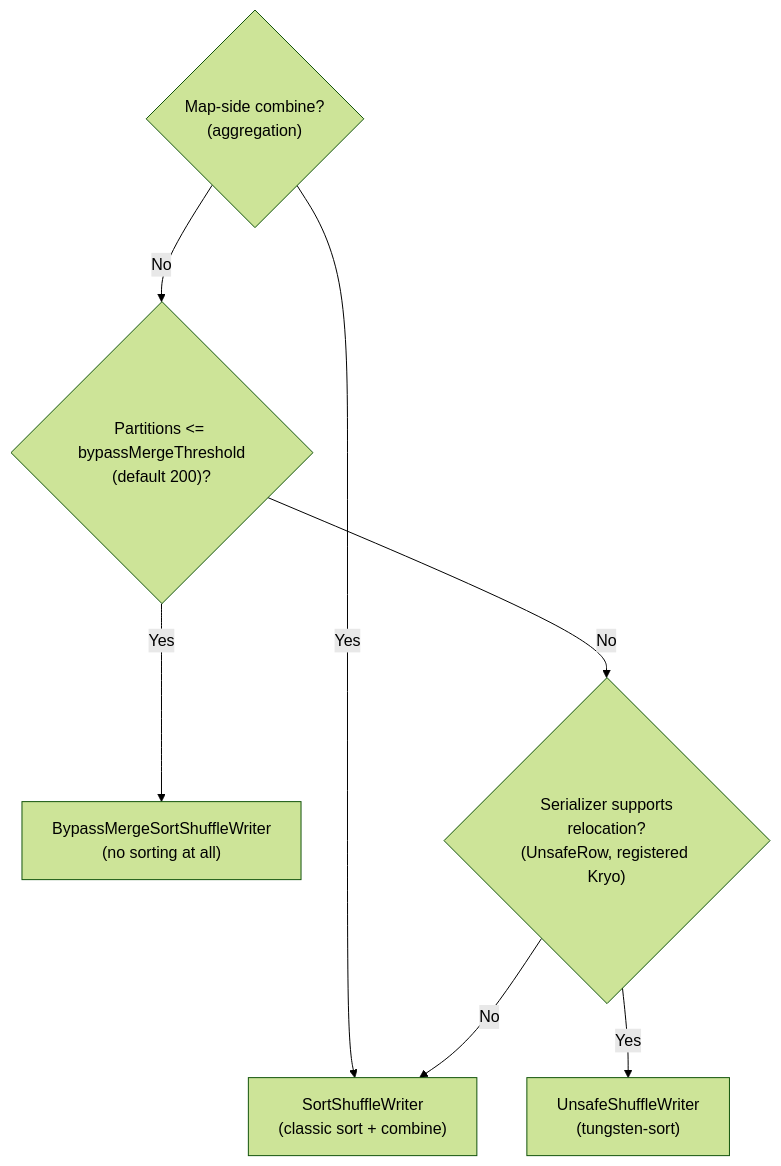
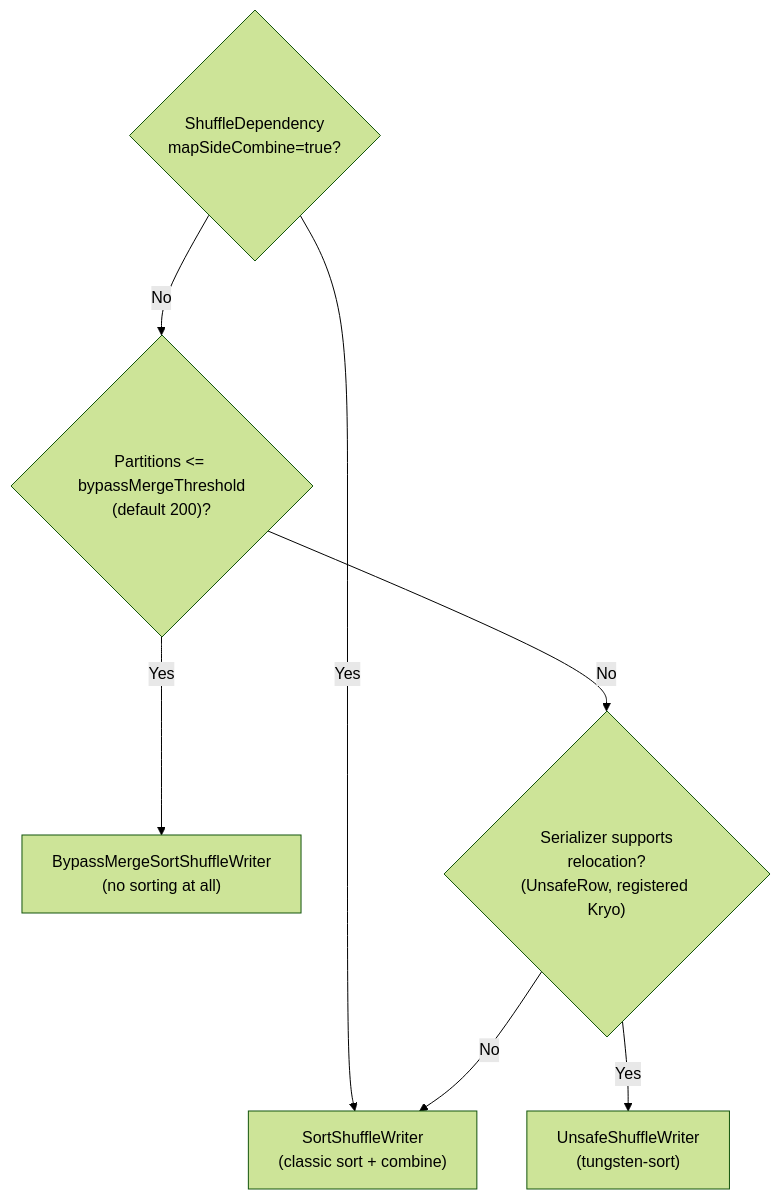
One commit to abhinnaagrawal/system-design-notes changed the second of 3 diagrams in Core Concepts/Spark Internals/04 - Shuffle, Partitioning & Network Transfer.md. Above: the diagram before and after it, drawn with Mermaid (forest theme). The commit also changed other lines of this file and 83 other files, not shown here.

````diff
--- a/Core Concepts/Spark Internals/04 - Shuffle, Partitioning & Network Transfer.md
+++ b/Core Concepts/Spark Internals/04 - Shuffle, Partitioning & Network Transfer.md
@@ -111,9 +111,9 @@
 ```mermaid
 flowchart TB
-    A{"Map-side combine?<br/>(aggregation)"} -->|Yes| SORT["SortShuffleWriter<br/>(classic sort + combine)"]
+    A{"ShuffleDependency<br/>mapSideCombine=true?"} -->|Yes| SORT["SortShuffleWriter<br/>(classic sort + combine)"]
     A -->|No| B{"Partitions <= bypassMergeThreshold<br/>(default 200)?"}
     B -->|Yes| BYPASS["BypassMergeSortShuffleWriter<br/>(no sorting at all)"]
     B -->|No| C{"Serializer supports<br/>relocation?<br/>(UnsafeRow, registered Kryo)"}
     C -->|Yes| TUNG["UnsafeShuffleWriter<br/>(tungsten-sort)"]
     C -->|No| SORT
 ```
````
